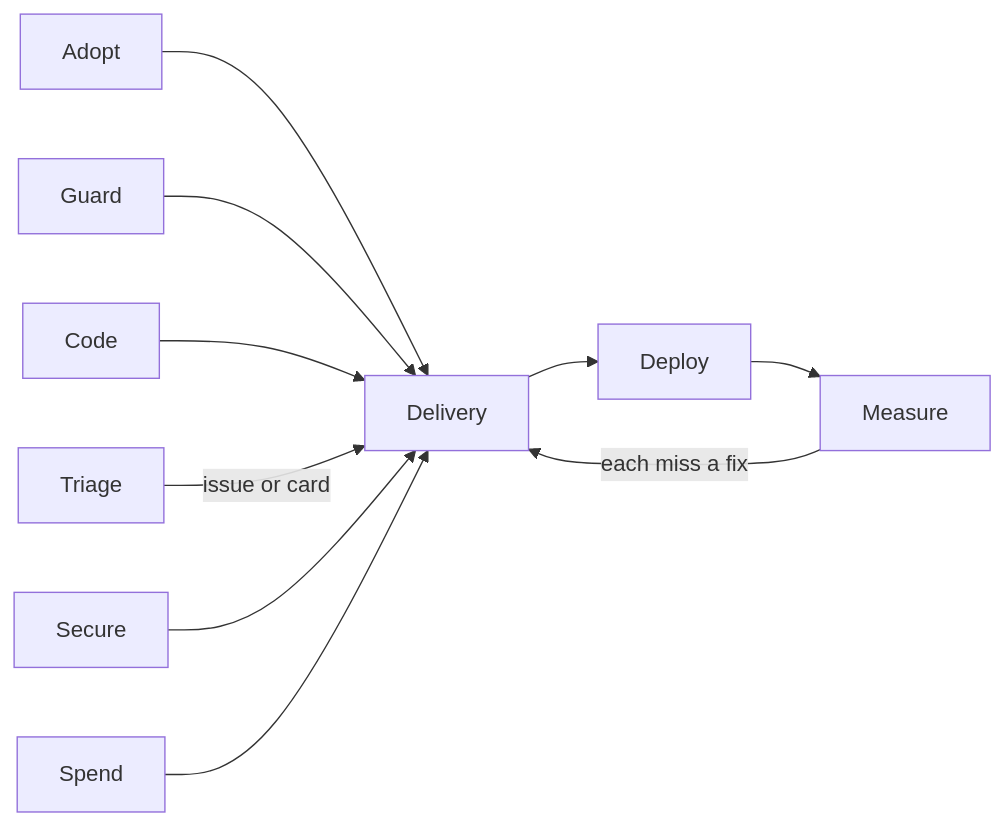
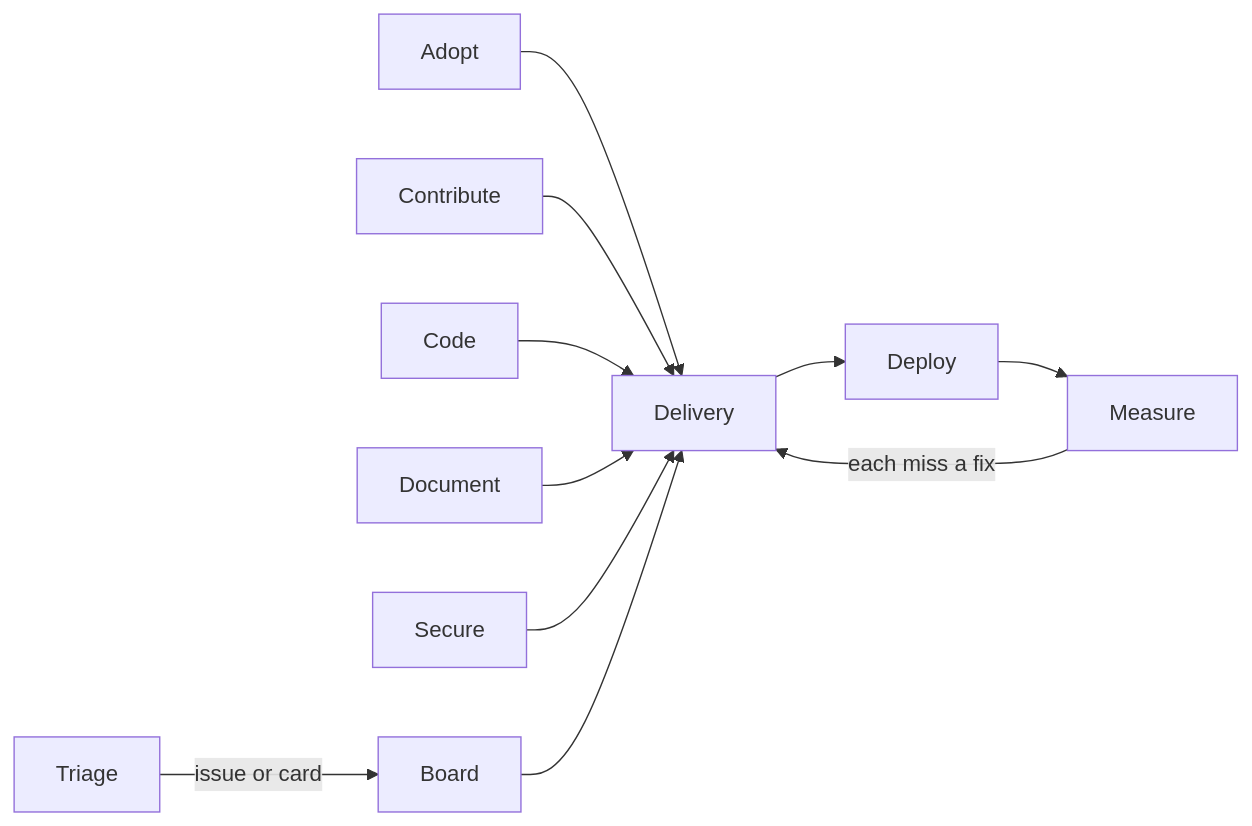
One commit to SoulCraft-Org/git-crafter changed the diagram in README.md. Above: the diagram before and after it, drawn with Mermaid. The commit also changed other lines of this file and 1 other file, not shown here.

````diff
--- a/README.md
+++ b/README.md
@@ -37,10 +38,10 @@
 ```mermaid
 flowchart LR
   AD[Adopt] --> DL[Delivery] --> DP[Deploy] --> ME[Measure]
-  GU[Guard] --> DL
+  CT[Contribute] --> DL
   CO[Code] --> DL
+  DO[Document] --> DL
+  SE[Secure] --> DL
+  TR[Triage] -->|issue or card| BO[Board] --> DL
   ME -->|each miss a fix| DL
-  TR[Triage] -->|issue or card| DL
-  SE[Secure] --> DL
-  SP[Spend] --> DL
 ```
````
